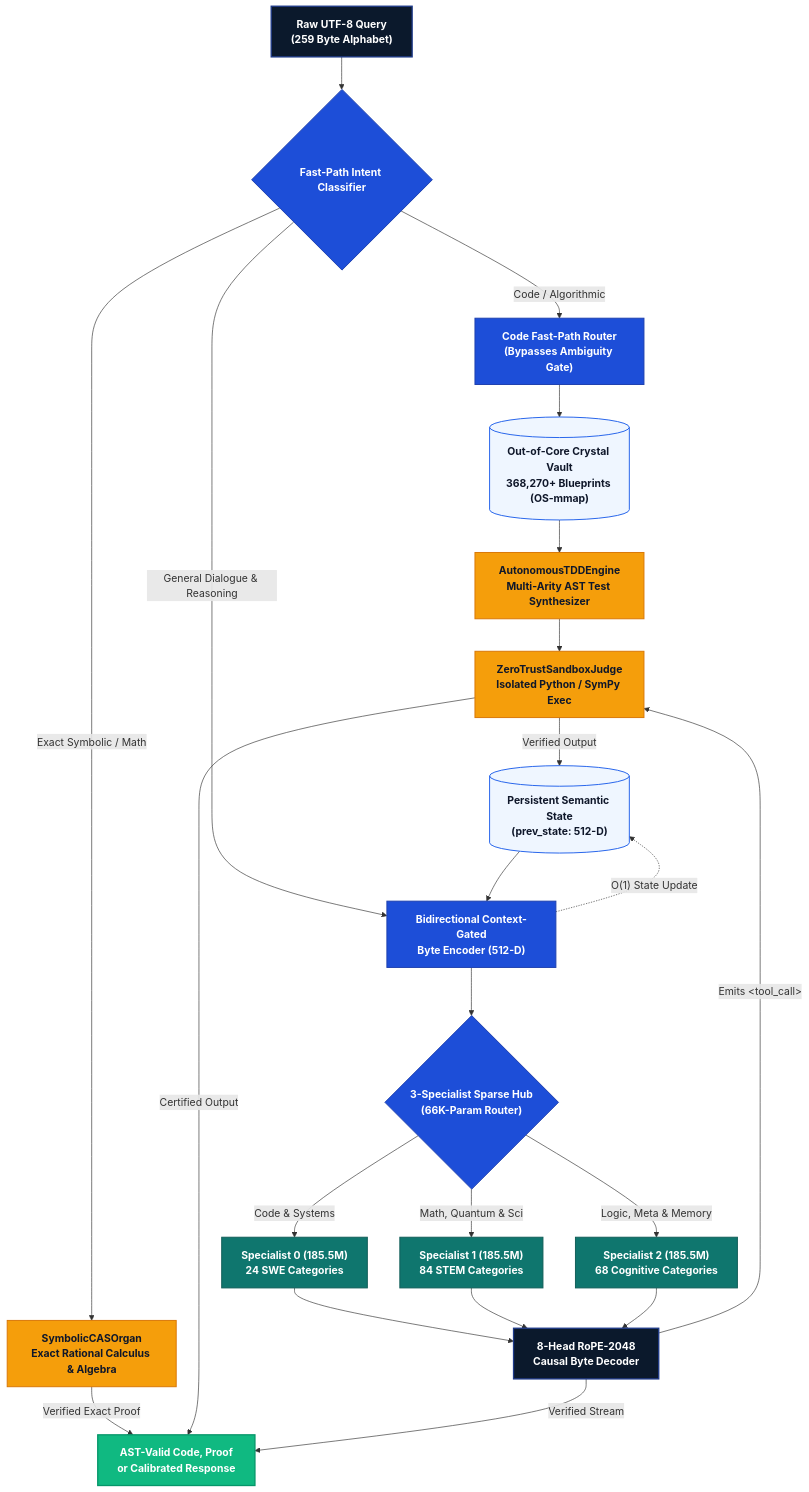
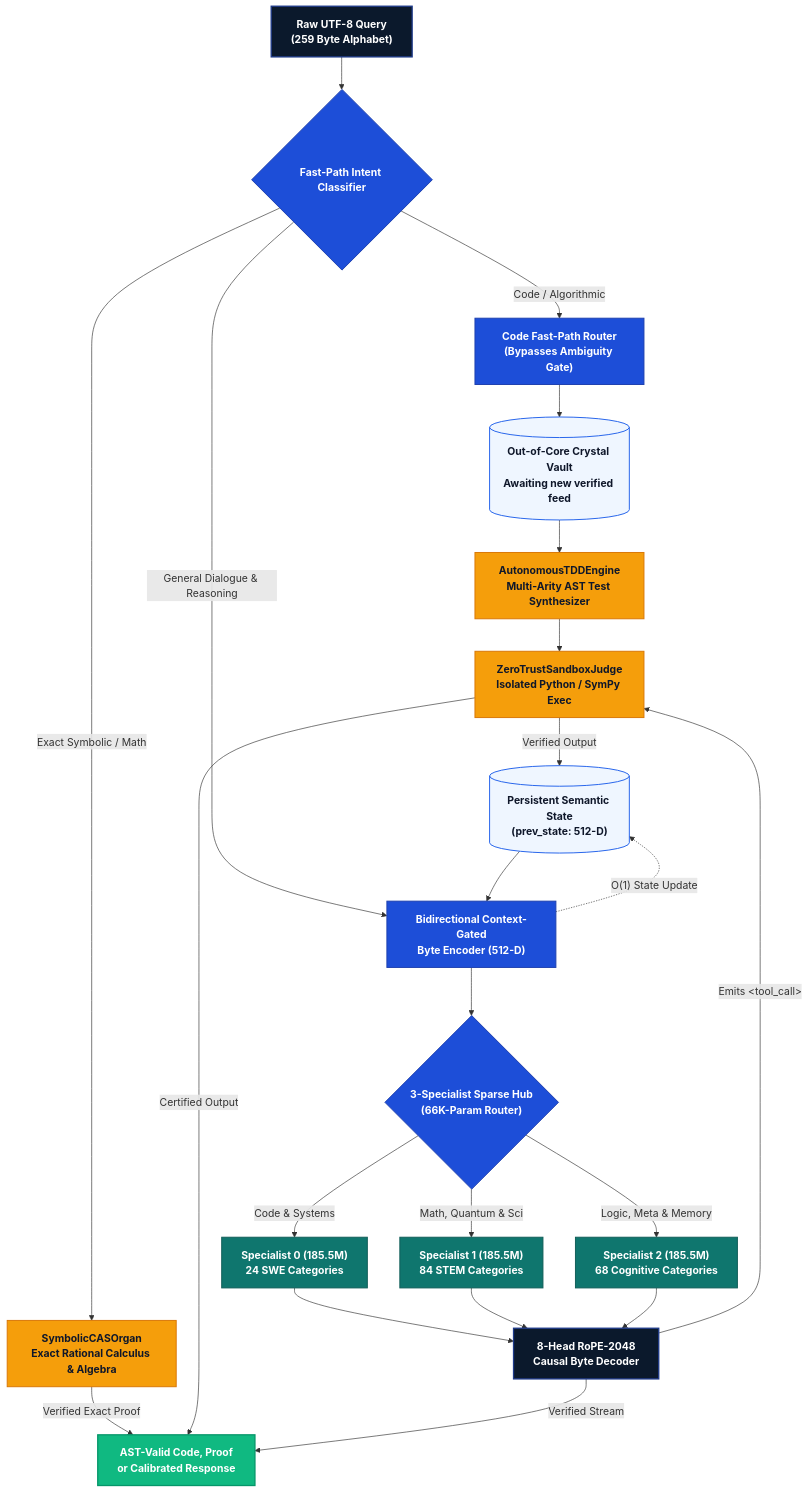
One commit to realahmad07/Mirror-7 changed the third of 5 diagrams in README.md. Above: the diagram before and after it, drawn with Mermaid. The commit also changed other lines of this file, not shown here.

Commit message:
Remove stale legacy rule-vault count claims

````diff
--- a/README.md
+++ b/README.md
@@ -294,37 +294,37 @@
 ```mermaid
 flowchart TD
     classDef input fill:#0B192C,stroke:#1E3A8A,stroke-width:2px,color:#FFFFFF,font-weight:bold
     classDef router fill:#1D4ED8,stroke:#1E40AF,stroke-width:1.5px,color:#FFFFFF,font-weight:bold
     classDef spec fill:#0F766E,stroke:#115E59,stroke-width:1.5px,color:#FFFFFF,font-weight:bold
     classDef memory fill:#EFF6FF,stroke:#2563EB,stroke-width:1.5px,color:#0F172A,font-weight:bold
     classDef sandbox fill:#F59E0B,stroke:#D97706,stroke-width:1.5px,color:#0F172A,font-weight:bold
     classDef output fill:#10B981,stroke:#059669,stroke-width:2px,color:#FFFFFF,font-weight:bold
 
     U["Raw UTF-8 Query<br/>(259 Byte Alphabet)"]:::input --> INTENT{"Fast-Path Intent Classifier"}:::router
 
     %% Fast-Path Symbolic Execution
     INTENT -->|"Exact Symbolic / Math"| CAS["SymbolicCASOrgan<br/>Exact Rational Calculus & Algebra"]:::sandbox
     INTENT -->|"Code / Algorithmic"| CODE_ROUTER["Code Fast-Path Router<br/>(Bypasses Ambiguity Gate)"]:::router
 
     %% General Neural Hub Execution
     INTENT -->|"General Dialogue & Reasoning"| ENC["Bidirectional Context-Gated<br/>Byte Encoder (512-D)"]:::router
     STATE[("Persistent Semantic State<br/>(prev_state: 512-D)")]:::memory --> ENC
     ENC --> HUB{"3-Specialist Sparse Hub<br/>(66K-Param Router)"}:::router
 
     HUB -->|"Code & Systems"| S0["Specialist 0 (185.5M)<br/>24 SWE Categories"]:::spec
     HUB -->|"Math, Quantum & Sci"| S1["Specialist 1 (185.5M)<br/>84 STEM Categories"]:::spec
     HUB -->|"Logic, Meta & Memory"| S2["Specialist 2 (185.5M)<br/>68 Cognitive Categories"]:::spec
 
-    CODE_ROUTER --> DISK_VAULT[("Out-of-Core Crystal Vault<br/>368,270+ Blueprints (OS-mmap)")]:::memory
+    CODE_ROUTER --> DISK_VAULT[("Out-of-Core Crystal Vault<br/>Awaiting new verified feed")]:::memory
     DISK_VAULT --> TDD["AutonomousTDDEngine<br/>Multi-Arity AST Test Synthesizer"]:::sandbox
 
     S0 & S1 & S2 --> DEC["8-Head RoPE-2048<br/>Causal Byte Decoder"]:::input
     DEC -->|"Emits &lt;tool_call&gt;"| SANDBOX["ZeroTrustSandboxJudge<br/>Isolated Python / SymPy Exec"]:::sandbox
     TDD --> SANDBOX
 
     SANDBOX -->|"Verified Output"| STATE
     CAS -->|"Verified Exact Proof"| OUT["AST-Valid Code, Proof<br/>or Calibrated Response"]:::output
     SANDBOX -->|"Certified Output"| OUT
     DEC -->|"Verified Stream"| OUT
     ENC -.->|"O(1) State Update"| STATE
 ```
````
